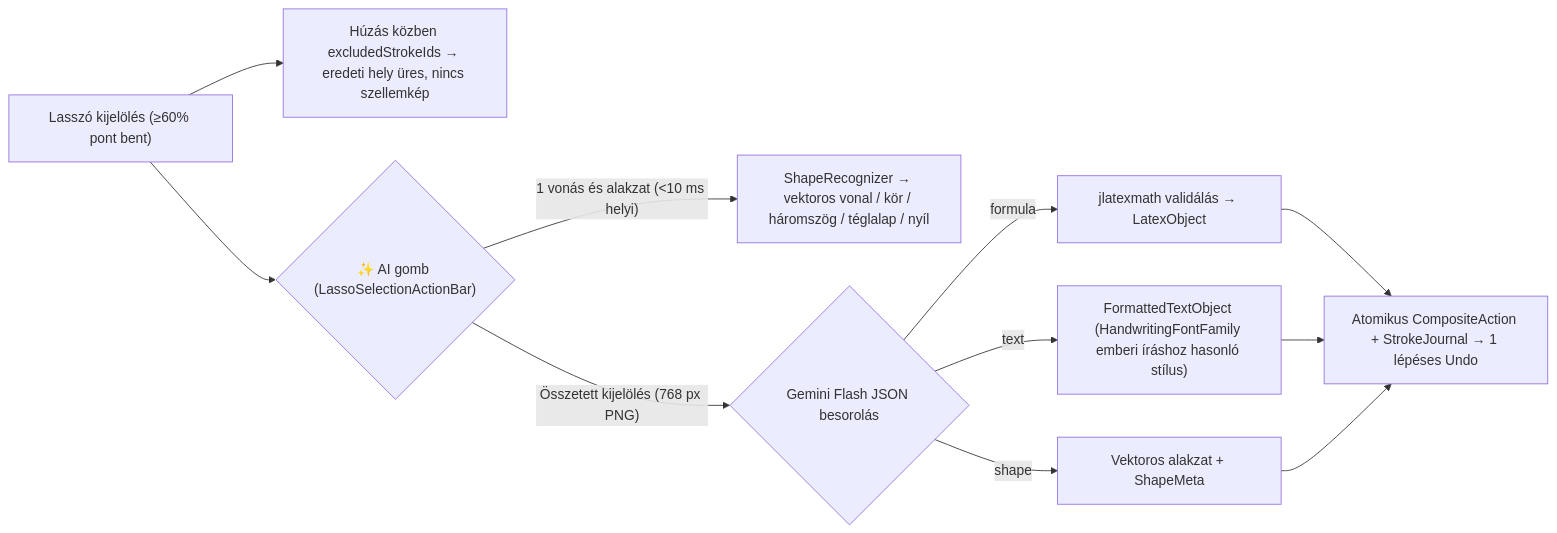
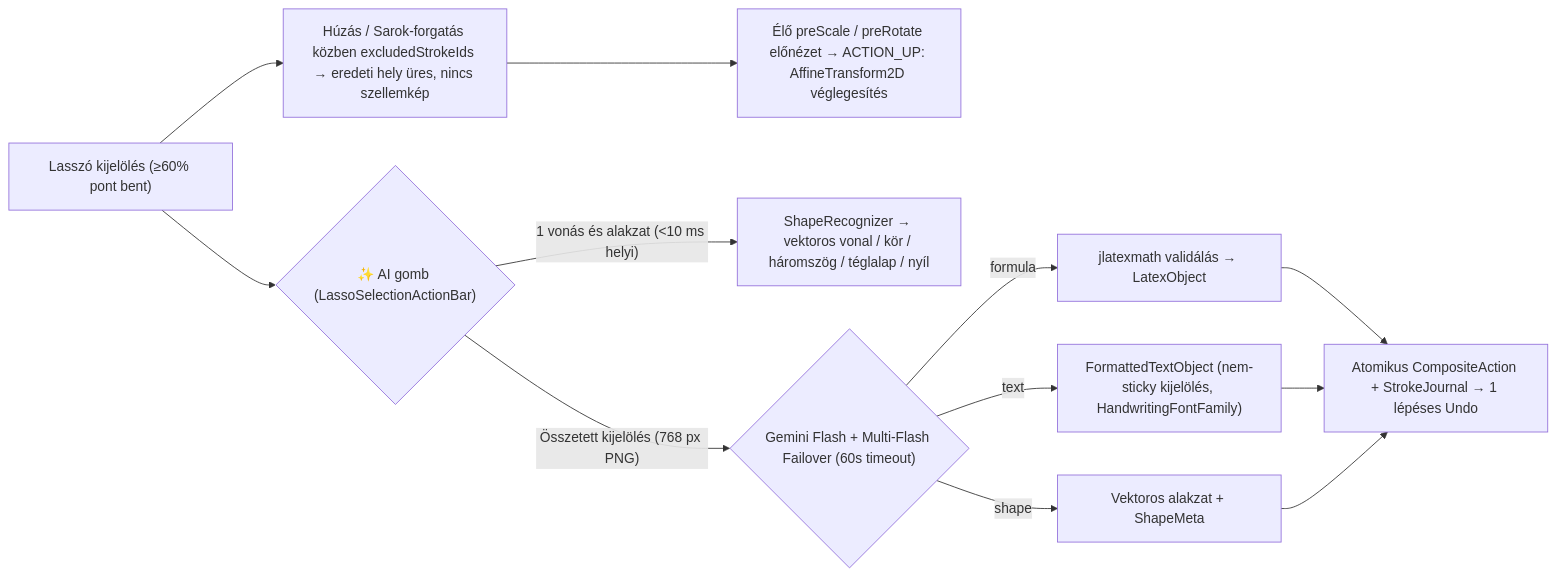
Before and after one commit to Fruktoz0/Stylusnote: the second of 7 diagrams in docs/user_journeys.md, drawn with Mermaid. The commit also changed other lines of this file and 29 other files, not shown here.

````diff
--- a/docs/user_journeys.md
+++ b/docs/user_journeys.md
@@ -41,11 +41,12 @@
 ```mermaid
 flowchart LR
-    A["Lasszó kijelölés (≥60% pont bent)"] --> M["Húzás közben excludedStrokeIds → eredeti hely üres, nincs szellemkép"]
+    A["Lasszó kijelölés (≥60% pont bent)"] --> M["Húzás / Sarok-forgatás közben excludedStrokeIds → eredeti hely üres, nincs szellemkép"]
+    M --> R["Élő preScale / preRotate előnézet → ACTION_UP: AffineTransform2D véglegesítés"]
     A --> AI{"✨ AI gomb (LassoSelectionActionBar)"}
     AI -- 1 vonás és alakzat (<10 ms helyi) --> SH["ShapeRecognizer → vektoros vonal / kör / háromszög / téglalap / nyíl"]
-    AI -- Összetett kijelölés (768 px PNG) --> G{"Gemini Flash JSON besorolás"}
+    AI -- Összetett kijelölés (768 px PNG) --> G{"Gemini Flash + Multi-Flash Failover (60s timeout)"}
     G -- formula --> L["jlatexmath validálás → LatexObject"]
-    G -- text --> T["FormattedTextObject (HandwritingFontFamily emberi íráshoz hasonló stílus)"]
+    G -- text --> T["FormattedTextObject (nem-sticky kijelölés, HandwritingFontFamily)"]
     G -- shape --> SH2["Vektoros alakzat + ShapeMeta"]
     L & T & SH2 --> U["Atomikus CompositeAction + StrokeJournal → 1 lépéses Undo"]
 ```
````
